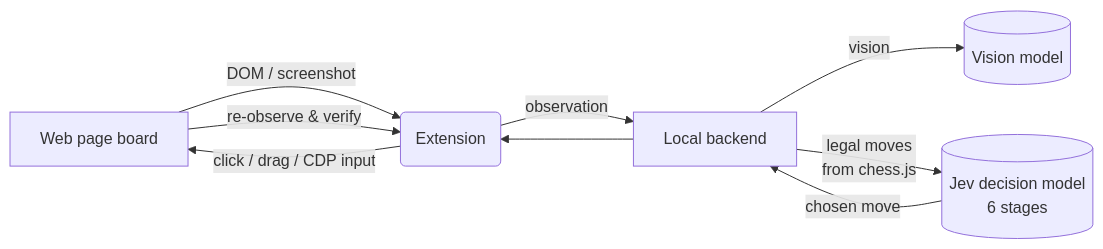
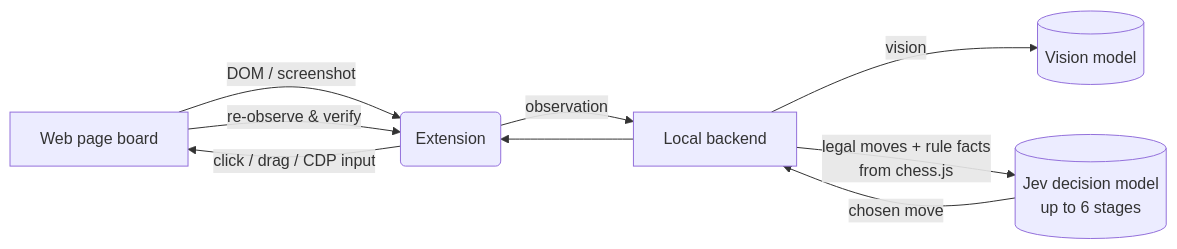
The diagram in README.md (shihabalratul/Jev-chess), drawn with Mermaid before and after one commit. The commit also changed other lines of this file and 12 other files, not shown here.

````diff
--- a/README.md
+++ b/README.md
@@ -94,10 +96,10 @@
 ```mermaid
 flowchart LR
     A[Web page board] -->|DOM / screenshot| B(Extension)
     B -->|observation| C[Local backend]
     C -->|vision| D[(Vision model)]
-    C -->|legal moves<br/>from chess.js| E[(Jev decision model<br/>6 stages)]
+    C -->|legal moves + rule facts<br/>from chess.js| E[(Jev decision model<br/>up to 6 stages)]
     E -->|chosen move| C --> B
     B -->|click / drag / CDP input| A
     A -->|re-observe & verify| B
 ```
````
